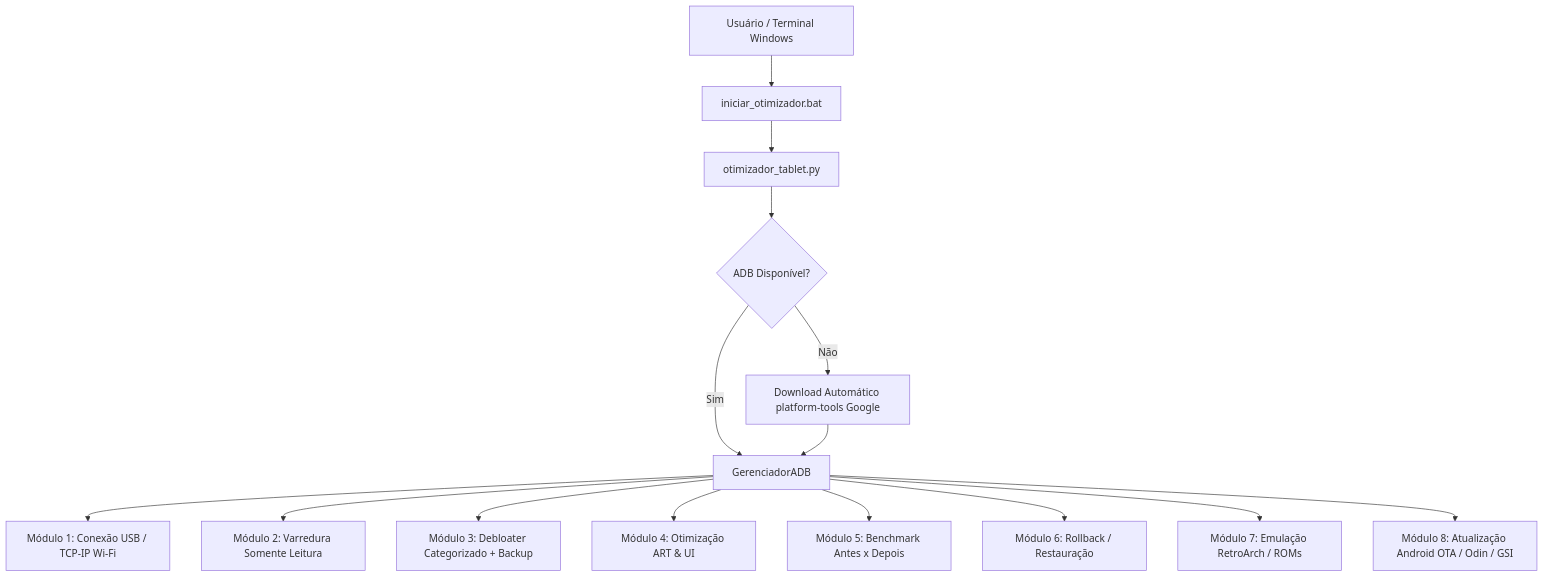
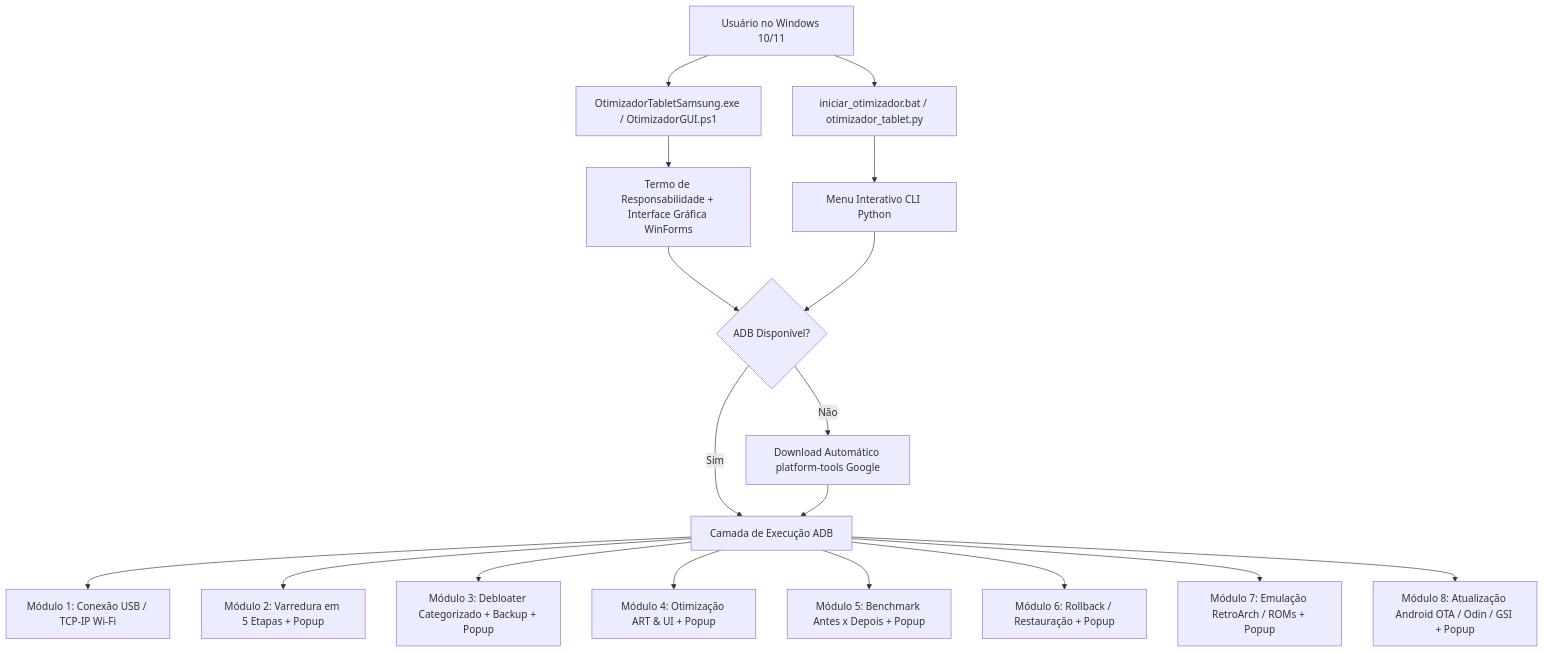
The diagram in SPEC.md (morfeuj/Tirando-defeito-programado-dos-tablets), drawn with Mermaid before and after one commit. The commit also changed other lines of this file and 4 other files, not shown here.

Commit message:
fix(gui) & docs: corrige leitura de meminfo sem pipe, adiciona progresso em 5 etapas e atualiza SPEC/docs v2.1

````diff
--- a/SPEC.md
+++ b/SPEC.md
@@ -34,17 +40,20 @@
 ```mermaid
 flowchart TD
-    A[Usuário / Terminal Windows] --> B[iniciar_otimizador.bat]
-    B --> C[otimizador_tablet.py]
+    A[Usuário no Windows 10/11] --> B1[OtimizadorTabletSamsung.exe / OtimizadorGUI.ps1]
+    A --> B2[iniciar_otimizador.bat / otimizador_tablet.py]
+    B1 --> C[Termo de Responsabilidade + Interface Gráfica WinForms]
+    B2 --> C2[Menu Interativo CLI Python]
     C --> D{ADB Disponível?}
+    C2 --> D
     D -->|Não| E[Download Automático platform-tools Google]
-    D -->|Sim| F[GerenciadorADB]
+    D -->|Sim| F[Camada de Execução ADB]
     E --> F
     F --> G[Módulo 1: Conexão USB / TCP-IP Wi-Fi]
-    F --> H[Módulo 2: Varredura Somente Leitura]
-    F --> I[Módulo 3: Debloater Categorizado + Backup]
-    F --> J[Módulo 4: Otimização ART & UI]
-    F --> K[Módulo 5: Benchmark Antes x Depois]
-    F --> L[Módulo 6: Rollback / Restauração]
-    F --> M[Módulo 7: Emulação RetroArch / ROMs]
-    F --> N[Módulo 8: Atualização Android OTA / Odin / GSI]
+    F --> H[Módulo 2: Varredura em 5 Etapas + Popup]
+    F --> I[Módulo 3: Debloater Categorizado + Backup + Popup]
+    F --> J[Módulo 4: Otimização ART & UI + Popup]
+    F --> K[Módulo 5: Benchmark Antes x Depois + Popup]
+    F --> L[Módulo 6: Rollback / Restauração + Popup]
+    F --> M[Módulo 7: Emulação RetroArch / ROMs + Popup]
+    F --> N[Módulo 8: Atualização Android OTA / Odin / GSI + Popup]
 ```
````
